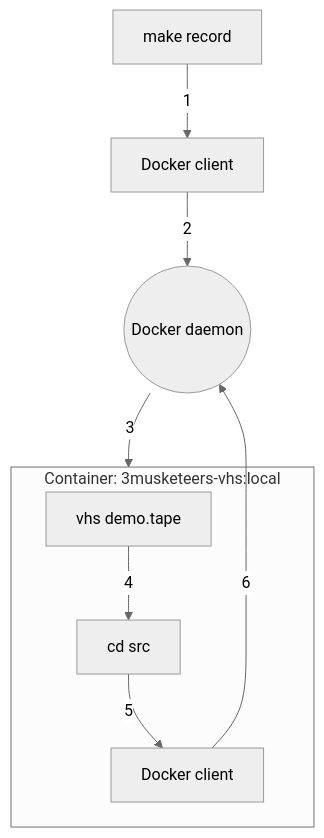
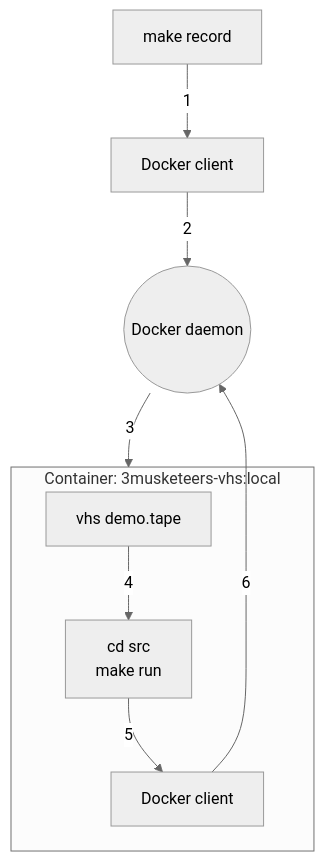
The diagram in vhs/README.md (flemay/3musketeers), drawn with Mermaid (neutral theme) before and after one commit.

````diff
--- a/vhs/README.md
+++ b/vhs/README.md
@@ -24,11 +24,12 @@
 ```mermaid
 graph TB
     make-record[make record]-->|1|host-docker-client[Docker client]
     host-docker-client-->|2|docker-daemon((Docker daemon))
     subgraph vhs-local-container [Container: 3musketeers-vhs:local]
-    vhs[vhs demo.tape]-->|4|make-run[cd src]
+    vhs[vhs demo.tape]-->|4|make-run[cd src
+    make run]
     make-run-->|5|docker-client[Docker client]
     end
     docker-daemon-->|3|vhs-local-container
     docker-client-->|6|docker-daemon
 ```
````
